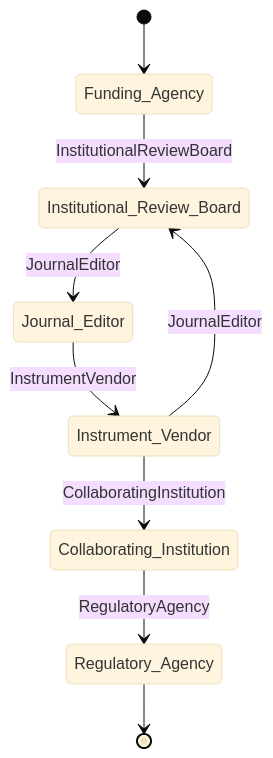
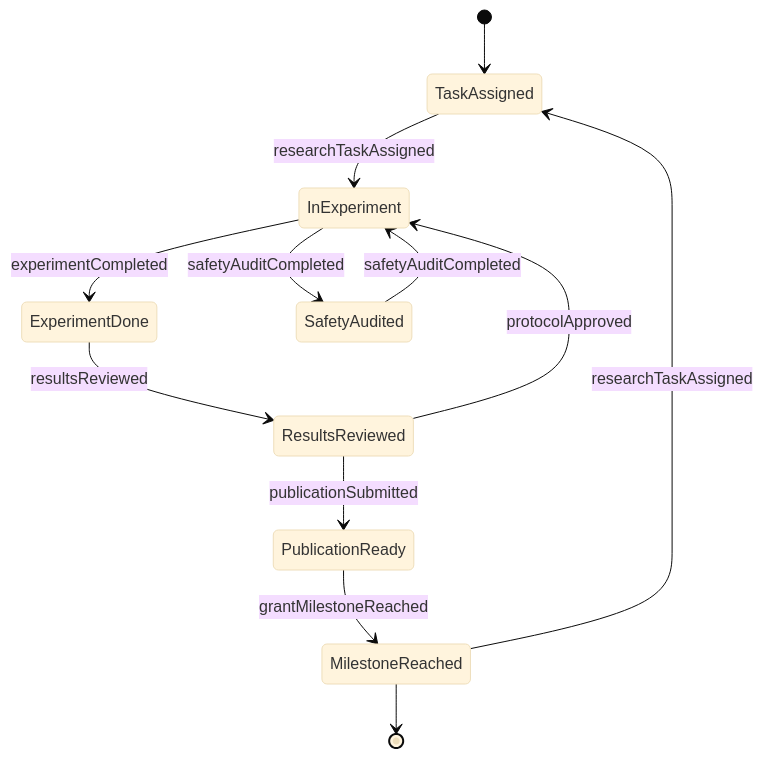
The second of 4 diagrams in GuidingDirectingAndMotivatingSubordinates/SupervisePersonnelActivities/SuperviseScientificTechnicalPersonnel.mdx (dot-org-ai/tasks.org.ai), drawn with Mermaid (base theme) before and after one commit. The commit also changed other lines of this file and 515 other files, not shown here.

````diff
--- a/GuidingDirectingAndMotivatingSubordinates/SupervisePersonnelActivities/SuperviseScientificTechnicalPersonnel.mdx
+++ b/GuidingDirectingAndMotivatingSubordinates/SupervisePersonnelActivities/SuperviseScientificTechnicalPersonnel.mdx
@@ -102,11 +99,14 @@
 ```mermaid
 stateDiagram-v2
-    [*] --> Funding_Agency
-    Funding_Agency --> Institutional_Review_Board: InstitutionalReviewBoard
-    Institutional_Review_Board --> Journal_Editor: JournalEditor
-    Journal_Editor --> Instrument_Vendor: InstrumentVendor
-    Instrument_Vendor --> Collaborating_Institution: CollaboratingInstitution
-    Collaborating_Institution --> Regulatory_Agency: RegulatoryAgency
-    Instrument_Vendor --> Institutional_Review_Board: JournalEditor
-    Regulatory_Agency --> [*]
+    [*] --> TaskAssigned
+    TaskAssigned --> InExperiment : researchTaskAssigned
+    InExperiment --> ExperimentDone : experimentCompleted
+    ExperimentDone --> ResultsReviewed : resultsReviewed
+    ResultsReviewed --> InExperiment : protocolApproved
+    ResultsReviewed --> PublicationReady : publicationSubmitted
+    PublicationReady --> MilestoneReached : grantMilestoneReached
+    InExperiment --> SafetyAudited : safetyAuditCompleted
+    SafetyAudited --> InExperiment : safetyAuditCompleted
+    MilestoneReached --> TaskAssigned : researchTaskAssigned
+    MilestoneReached --> [*]
 ```
````
